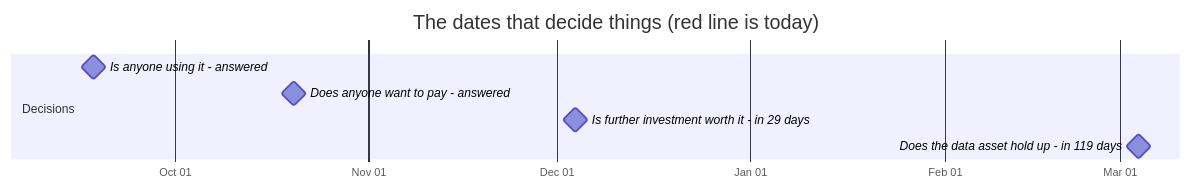
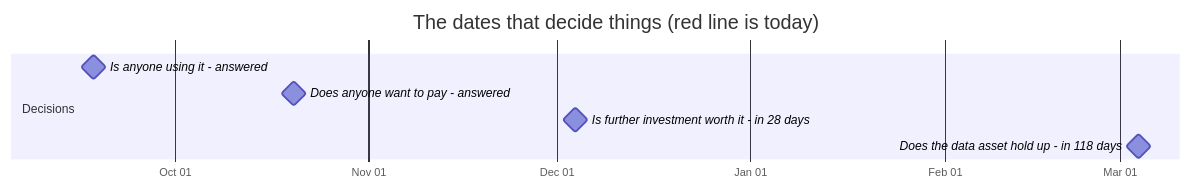
One commit to jakegu1/vetagent changed the first of 2 diagrams in docs/OWNER.md. Above: the diagram before and after it, drawn with Mermaid. The commit also changed other lines of this file and 1 other file, not shown here.

````diff
--- a/docs/OWNER.md
+++ b/docs/OWNER.md
@@ -67,12 +67,12 @@
 ```mermaid
 gantt
     dateFormat YYYY-MM-DD
     axisFormat %b %d
     todayMarker stroke-width:3px,stroke:#d33,stroke-dasharray:0
     title The dates that decide things (red line is today)
     section Decisions
     Is anyone using it - answered :milestone, 2026-09-18, 0d
     Does anyone want to pay - answered :milestone, 2026-10-20, 0d
-    Is further investment worth it - in 29 days :milestone, 2026-12-04, 0d
-    Does the data asset hold up - in 119 days :milestone, 2027-03-04, 0d
+    Is further investment worth it - in 28 days :milestone, 2026-12-04, 0d
+    Does the data asset hold up - in 118 days :milestone, 2027-03-04, 0d
 ```
````
